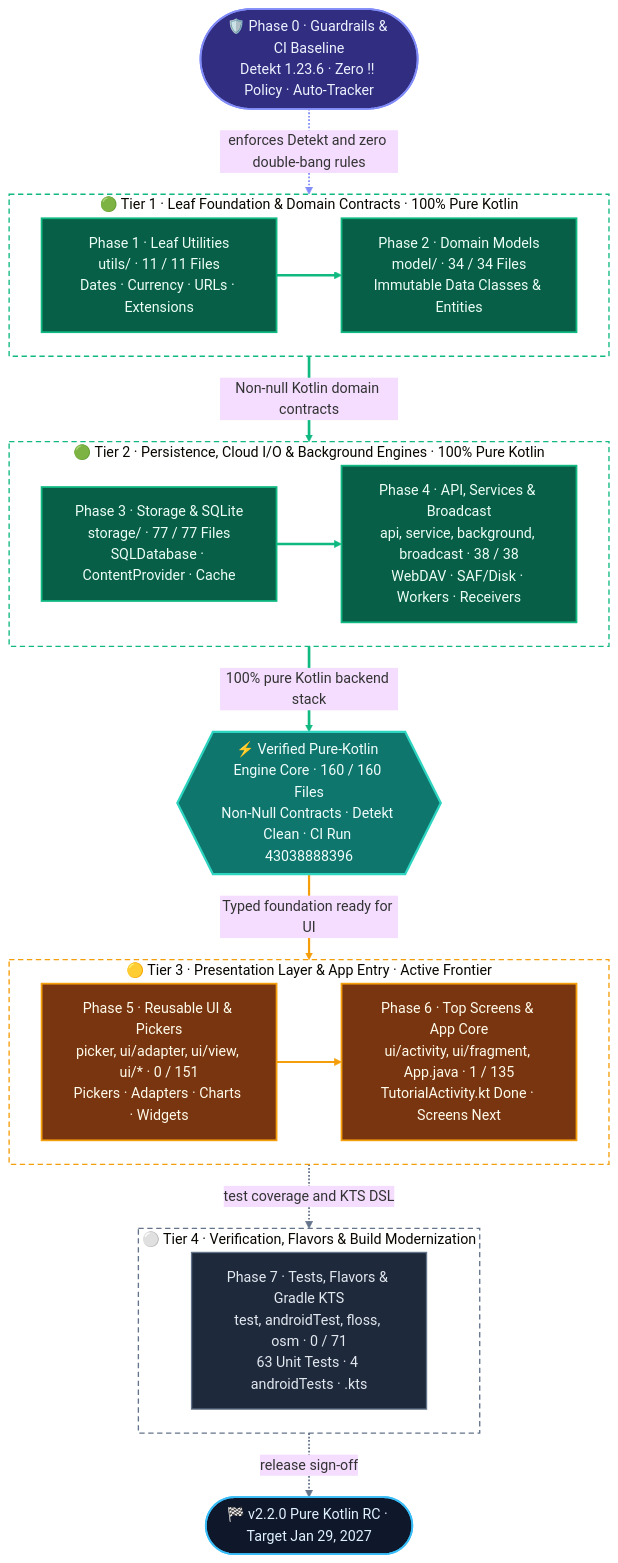
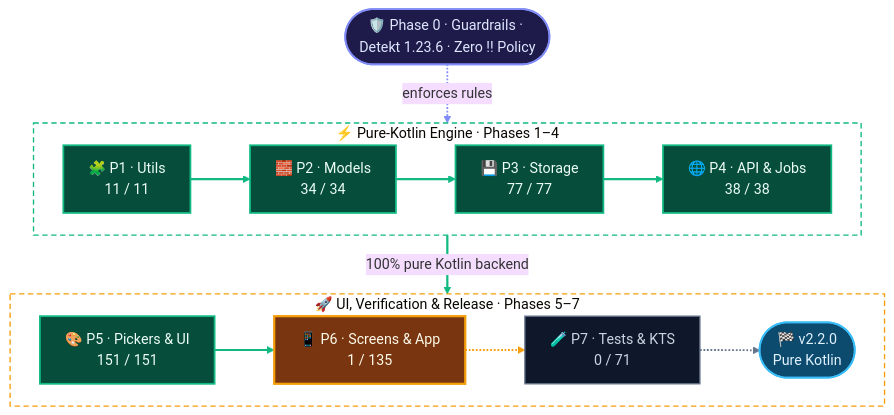
One commit to solomonrajan/cashledger changed the first of 2 diagrams in KOTLIN_MIGRATION.mdx. Above: the diagram before and after it, drawn with Mermaid (base theme). The commit also changed other lines of this file and 305 other files, not shown here.

First line of the commit message:
[Kotlin Migration] Phase 5: Reusable UI, Pickers, Custom Views & Adapters (#11)

````diff
--- a/KOTLIN_MIGRATION.mdx
+++ b/KOTLIN_MIGRATION.mdx
@@ -59,59 +60,32 @@
 ```mermaid
-%%{init: {"flowchart": {"curve": "basis", "nodeSpacing": 34, "rankSpacing": 48, "padding": 16}}}%%
+%%{init: {"flowchart": {"curve": "basis", "nodeSpacing": 30, "rankSpacing": 42, "padding": 14}}}%%
 flowchart TB
-    classDef guardrail fill:#312E81,stroke:#818CF8,stroke-width:2px,color:#EEF2FF
-    classDef complete fill:#065F46,stroke:#10B981,stroke-width:2px,color:#ECFDF5
-    classDef hub fill:#0F766E,stroke:#2DD4BF,stroke-width:2.5px,color:#F0FDFA
-    classDef inprog fill:#78350F,stroke:#F59E0B,stroke-width:2px,color:#FFFBEB
-    classDef pending fill:#1E293B,stroke:#64748B,stroke-width:1.5px,color:#E2E8F0
-    classDef target fill:#0F172A,stroke:#38BDF8,stroke-width:2px,color:#E0F2FE
+    classDef gate fill:#1E1B4B,stroke:#818CF8,stroke-width:2px,color:#E0E7FF
+    classDef complete fill:#064E3B,stroke:#10B981,stroke-width:2px,color:#ECFDF5
+    classDef inprog fill:#78350F,stroke:#F59E0B,stroke-width:2.5px,color:#FFFBEB
+    classDef pending fill:#0F172A,stroke:#64748B,stroke-width:1.5px,color:#CBD5E1
+    classDef release fill:#0C4A6E,stroke:#38BDF8,stroke-width:2px,color:#E0F2FE
 
-    P0(["🛡️ Phase 0 · Guardrails & CI Baseline<br/>Detekt 1.23.6 · Zero !! Policy · Auto-Tracker"]):::guardrail
+    P0(["🛡️ Phase 0 · Guardrails · Detekt 1.23.6 · Zero !! Policy"]):::gate
 
-    subgraph L1["🟢 Tier 1 · Leaf Foundation & Domain Contracts · 100% Pure Kotlin"]
+    subgraph CORE["⚡ Pure-Kotlin Engine · Phases 1–4"]
         direction LR
-        P1["Phase 1 · Leaf Utilities<br/>utils/ · 11 / 11 Files<br/>Dates · Currency · URLs · Extensions"]:::complete
-        P2["Phase 2 · Domain Models<br/>model/ · 34 / 34 Files<br/>Immutable Data Classes & Entities"]:::complete
-        P1 ==> P2
+        P1["🧩 P1 · Utils<br/>11 / 11"]:::complete ==> P2["🧱 P2 · Models<br/>34 / 34"]:::complete ==> P3["💾 P3 · Storage<br/>77 / 77"]:::complete ==> P4["🌐 P4 · API & Jobs<br/>38 / 38"]:::complete
     end
 
-    subgraph L2["🟢 Tier 2 · Persistence, Cloud I/O & Background Engines · 100% Pure Kotlin"]
+    subgraph APP["🚀 UI, Verification & Release · Phases 5–7"]
         direction LR
-        P3["Phase 3 · Storage & SQLite<br/>storage/ · 77 / 77 Files<br/>SQLDatabase · ContentProvider · Cache"]:::complete
-        P4["Phase 4 · API, Services & Broadcast<br/>api, service, background, broadcast · 38 / 38<br/>WebDAV · SAF/Disk · Workers · Receivers"]:::complete
-        P3 ==> P4
+        P5["🎨 P5 · Pickers & UI<br/>151 / 151"]:::complete --> P6["📱 P6 · Screens & App<br/>1 / 135"]:::inprog -.-> P7["🧪 P7 · Tests & KTS<br/>0 / 71"]:::pending -.-> TARGET(["🏁 v2.2.0<br/>Pure Kotlin"]):::release
     end
 
-    CORE{{"⚡ Verified Pure-Kotlin Engine Core · 160 / 160 Files<br/>Non-Null Contracts · Detekt Clean · CI Run 43038888396"}}:::hub
+    P0 -. enforces rules .-> CORE
+    CORE ==>|100% pure Kotlin backend| APP
 
-    subgraph L3["🟡 Tier 3 · Presentation Layer & App Entry · Active Frontier"]
-        direction LR
-        P5["Phase 5 · Reusable UI & Pickers<br/>picker, ui/adapter, ui/view, ui/* · 0 / 151<br/>Pickers · Adapters · Charts · Widgets"]:::inprog
-        P6["Phase 6 · Top Screens & App Core<br/>ui/activity, ui/fragment, App.java · 1 / 135<br/>TutorialActivity.kt Done · Screens Next"]:::inprog
-        P5 --> P6
-    end
+    style CORE fill:none,stroke:#10B981,stroke-width:1.5px,stroke-dasharray:6 4
+    style APP fill:none,stroke:#F59E0B,stroke-width:1.5px,stroke-dasharray:6 4
 
-    subgraph L4["⚪ Tier 4 · Verification, Flavors & Build Modernization"]
-        direction LR
-        P7["Phase 7 · Tests, Flavors & Gradle KTS<br/>test, androidTest, floss, osm · 0 / 71<br/>63 Unit Tests · 4 androidTests · .kts"]:::pending
-    end
-
-    TARGET(["🏁 v2.2.0 Pure Kotlin RC · Target Jan 29, 2027"]):::target
-
-    P0 -. enforces Detekt and zero double-bang rules .-> L1
-    L1 ==>|Non-null Kotlin domain contracts| L2
-    L2 ==>|100% pure Kotlin backend stack| CORE
-    CORE -->|Typed foundation ready for UI| L3
-    L3 -. test coverage and KTS DSL .-> L4
-    L4 -. release sign-off .-> TARGET
-
-    style L1 fill:none,stroke:#10B981,stroke-width:1.5px,stroke-dasharray:6 4
-    style L2 fill:none,stroke:#10B981,stroke-width:1.5px,stroke-dasharray:6 4
-    style L3 fill:none,stroke:#F59E0B,stroke-width:1.5px,stroke-dasharray:6 4
-    style L4 fill:none,stroke:#64748B,stroke-width:1.5px,stroke-dasharray:6 4
-
-    linkStyle 0,1,4,5 stroke:#10B981,stroke-width:3px
-    linkStyle 2,6 stroke:#F59E0B,stroke-width:2.5px
-    linkStyle 3 stroke:#818CF8,stroke-width:2px
-    linkStyle 7,8 stroke:#64748B,stroke-width:2px
+    linkStyle 0,1,2,3,7 stroke:#10B981,stroke-width:2.5px
+    linkStyle 4 stroke:#F59E0B,stroke-width:2px
+    linkStyle 5 stroke:#64748B,stroke-width:2px
+    linkStyle 6 stroke:#818CF8,stroke-width:2px
 ```
````
